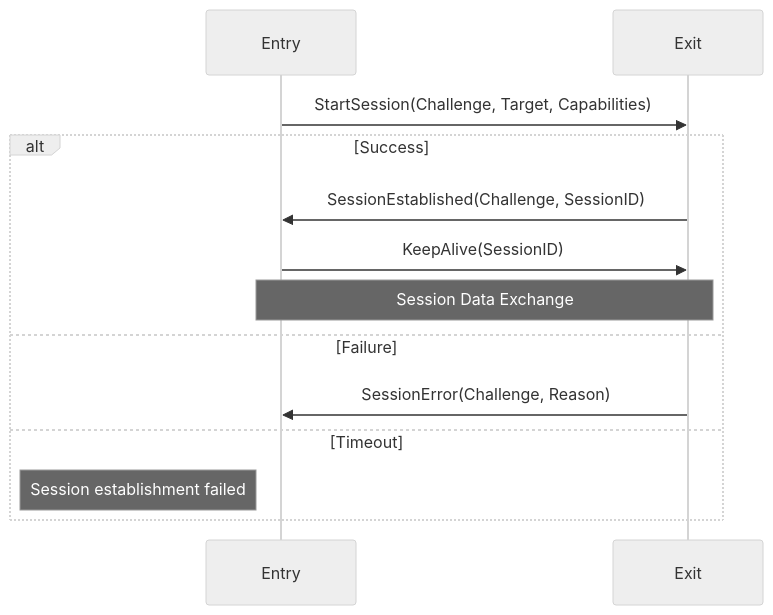
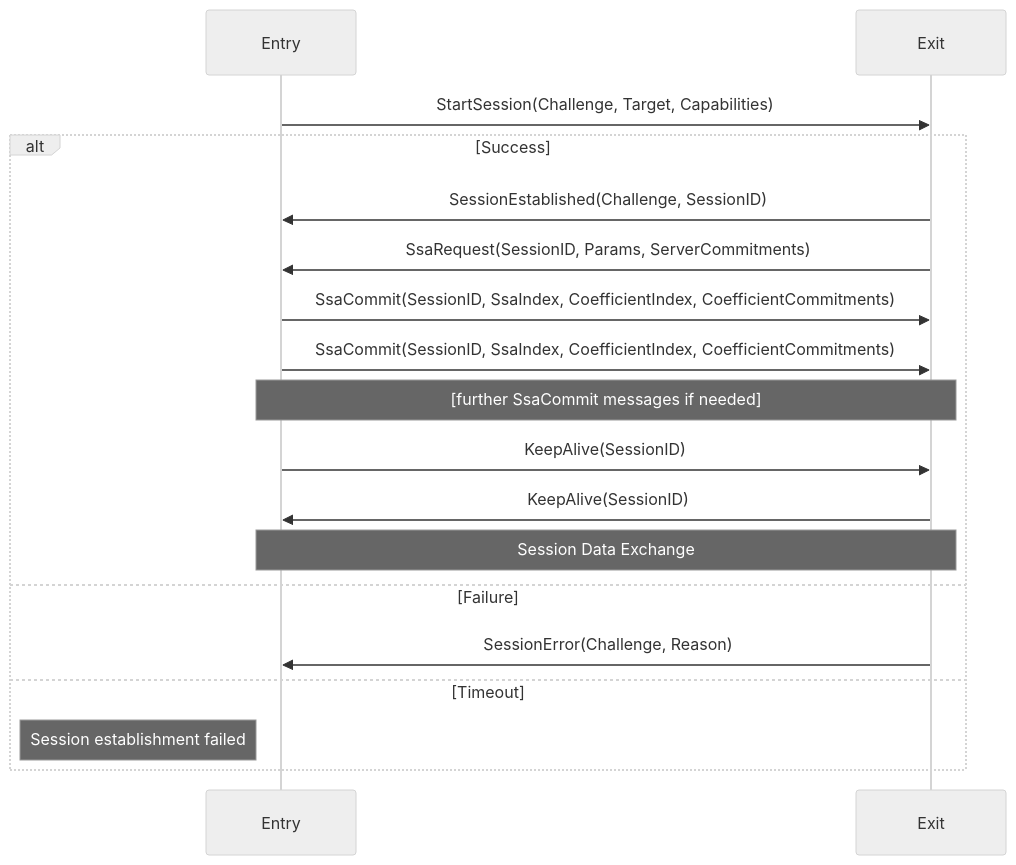
The eighth of 13 diagrams in rfcs/RFC-0009-session-start-protocol/0009-session-start-protocol.md (hoprnet/rfc), drawn with Mermaid (neutral theme) before and after one commit. The commit also changed other lines of this file, not shown here.

````diff
--- a/rfcs/RFC-0009-session-start-protocol/0009-session-start-protocol.md
+++ b/rfcs/RFC-0009-session-start-protocol/0009-session-start-protocol.md
@@ -244,17 +296,22 @@
 ```mermaid
 sequenceDiagram
     participant Entry
     participant Exit
 
     Entry->>Exit: StartSession(Challenge, Target, Capabilities)
 
     alt Success
         Exit->>Entry: SessionEstablished(Challenge, SessionID)
+        Exit->>Entry: SsaRequest(SessionID, Params, ServerCommitments)
+        Entry->>Exit: SsaCommit(SessionID, SsaIndex, CoefficientIndex, CoefficientCommitments)
+        Entry->>Exit: SsaCommit(SessionID, SsaIndex, CoefficientIndex, CoefficientCommitments)
+        Note over Entry,Exit: [further SsaCommit messages if needed]
         Entry->>Exit: KeepAlive(SessionID)
+        Exit->>Entry: KeepAlive(SessionID)
         Note over Entry,Exit: Session Data Exchange
     else Failure
         Exit->>Entry: SessionError(Challenge, Reason)
     else Timeout
         Note left of Entry: Session establishment failed
     end
 ```
````
